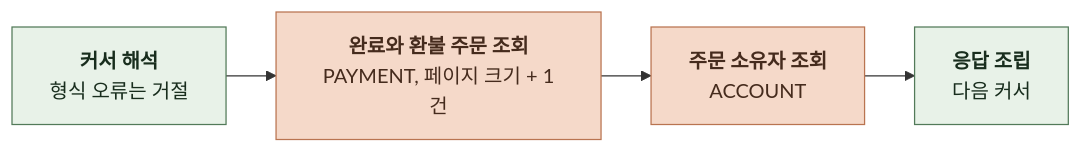
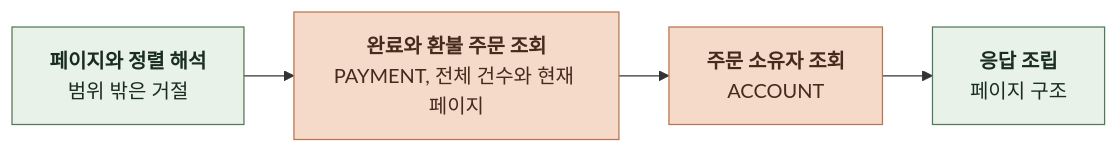
One commit to KIM-N-KANG/knk-harness changed the fifth of 7 diagrams in docs/domain/ADMIN/BACKEND/4-1-PIPELINES.md. Above: the diagram before and after it, drawn with Mermaid. The commit also changed other lines of this file and 15 other files, not shown here.

````diff
--- a/docs/domain/ADMIN/BACKEND/4-1-PIPELINES.md
+++ b/docs/domain/ADMIN/BACKEND/4-1-PIPELINES.md
@@ -125,15 +125,15 @@
 ```mermaid
 %%{init: {"flowchart": {"curve": "basis", "nodeSpacing": 24, "rankSpacing": 40}}}%%
 flowchart LR
-    A["`**커서 해석**
-형식 오류는 거절`"] --> B["`**완료와 환불 주문 조회**
-PAYMENT, 페이지 크기 + 1건`"]
+    A["`**페이지와 정렬 해석**
+범위 밖은 거절`"] --> B["`**완료와 환불 주문 조회**
+PAYMENT, 전체 건수와 현재 페이지`"]
     B --> C["`**주문 소유자 조회**
 ACCOUNT`"]
     C --> D["`**응답 조립**
-다음 커서`"]
+페이지 구조`"]
     classDef comp fill:#E8F2E8,stroke:#527A59,color:#182D1D
     classDef task fill:#F5D9C9,stroke:#B97450,color:#452B1D
     class A,D comp
     class B,C task
 ```
````
